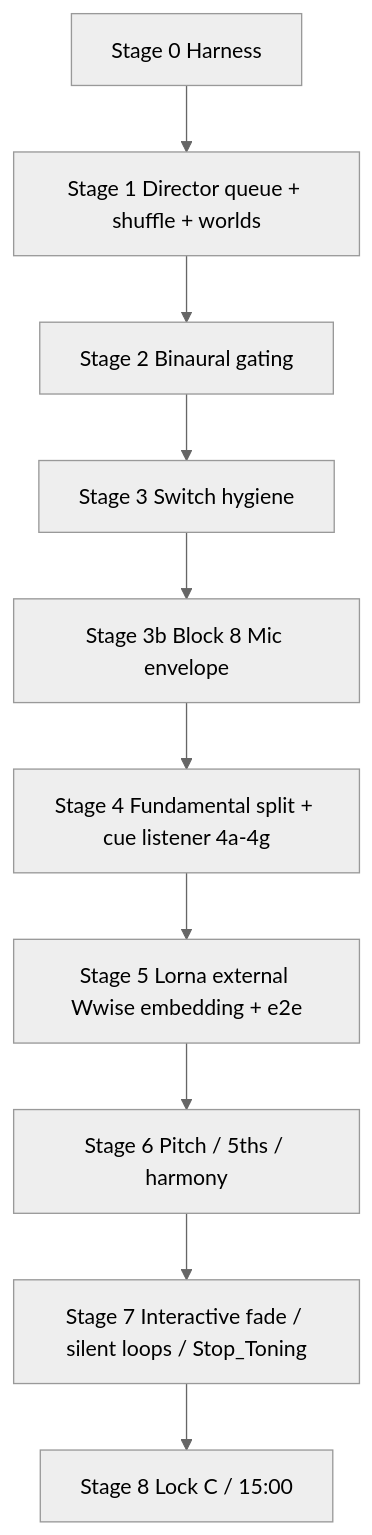
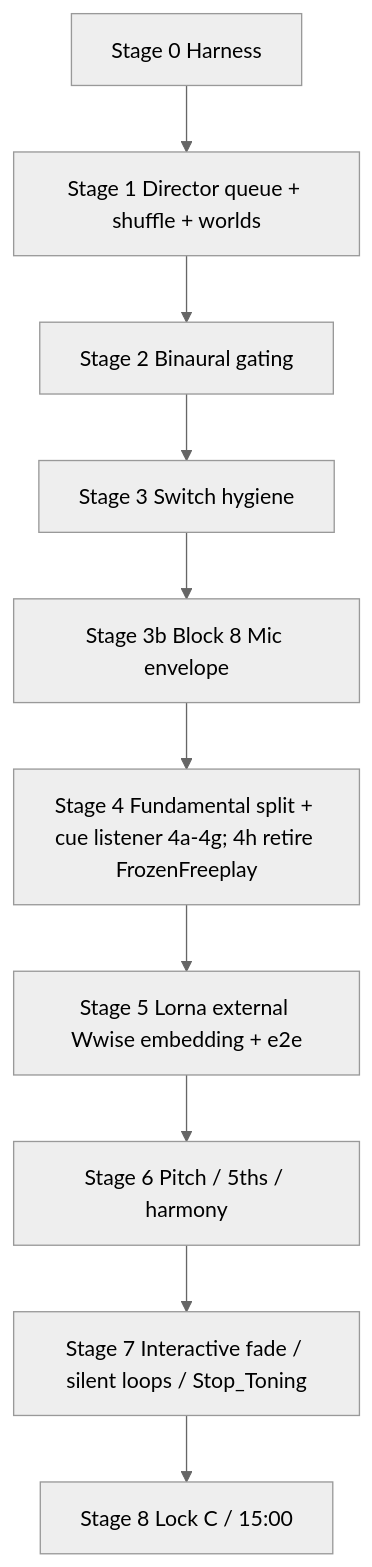
Before and after one commit to videodreaming/SoundSelfUnityMacGame: the diagram in Docs/BLOCKS_4_5_7_PLAN.md, drawn with Mermaid (neutral theme). The commit also changed other lines of this file and 1 other file, not shown here.

Commit message:
Block 7: TODO to retire MusicMode + plan (InputDriven/DynamicMusicSystem gating, Stage 4h retire FrozenFreeplay)

````diff
--- a/Docs/BLOCKS_4_5_7_PLAN.md
+++ b/Docs/BLOCKS_4_5_7_PLAN.md
@@ -625,14 +674,14 @@
 ```mermaid
 flowchart TD
   S0[Stage 0 Harness]
   S1[Stage 1 Director queue + shuffle + worlds]
   S2[Stage 2 Binaural gating]
   S3[Stage 3 Switch hygiene]
   S3b[Stage 3b Block 8 Mic envelope]
-  S4[Stage 4 Fundamental split + cue listener 4a-4g]
+  S4[Stage 4 Fundamental split + cue listener 4a-4g; 4h retire FrozenFreeplay]
   S5[Stage 5 Lorna external Wwise embedding + e2e]
   S6[Stage 6 Pitch / 5ths / harmony]
   S7[Stage 7 Interactive fade / silent loops / Stop_Toning]
   S8[Stage 8 Lock C / 15:00]
   S0 --> S1 --> S2 --> S3 --> S3b --> S4 --> S5 --> S6 --> S7 --> S8
 ```
````
